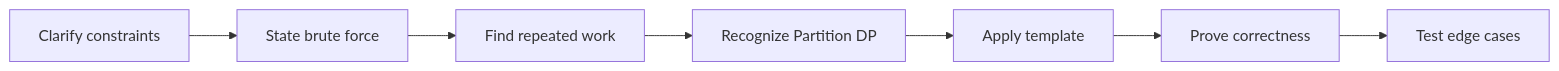
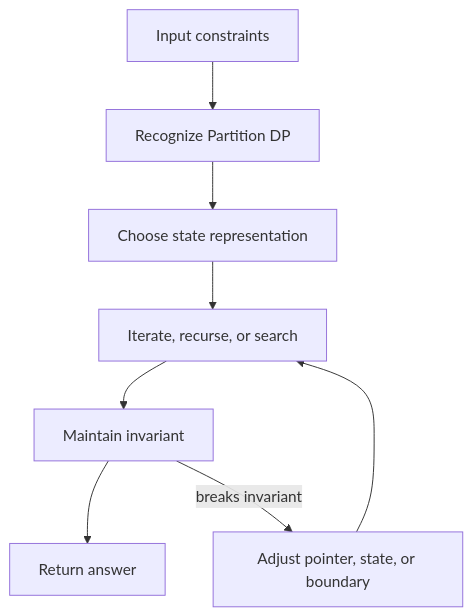
The second of 2 diagrams in coding-round/patterns/dynamic-programming-track/partition-dp/index.md (abstractinterviews/abstractinterviews.github.io), drawn with Mermaid before and after one commit. The commit also changed other lines of this file and 278 other files, not shown here.

````diff
--- a/coding-round/patterns/dynamic-programming-track/partition-dp/index.md
+++ b/coding-round/patterns/dynamic-programming-track/partition-dp/index.md
@@ -123,9 +121,10 @@
-~~~mermaid
-flowchart LR
-    A["Clarify constraints"] --> B["State brute force"]
-    B --> C["Find repeated work"]
-    C --> D["Recognize Partition DP"]
-    D --> E["Apply template"]
-    E --> F["Prove correctness"]
-    F --> G["Test edge cases"]
-~~~
+```mermaid
+flowchart TD
+    Input["Input constraints"] --> Pattern["Recognize Partition DP"]
+    Pattern --> State["Choose state representation"]
+    State --> Iterate["Iterate, recurse, or search"]
+    Iterate --> Check["Maintain invariant"]
+    Check --> Result["Return answer"]
+    Check -->|breaks invariant| Fix["Adjust pointer, state, or boundary"]
+    Fix --> Iterate
+```
````
